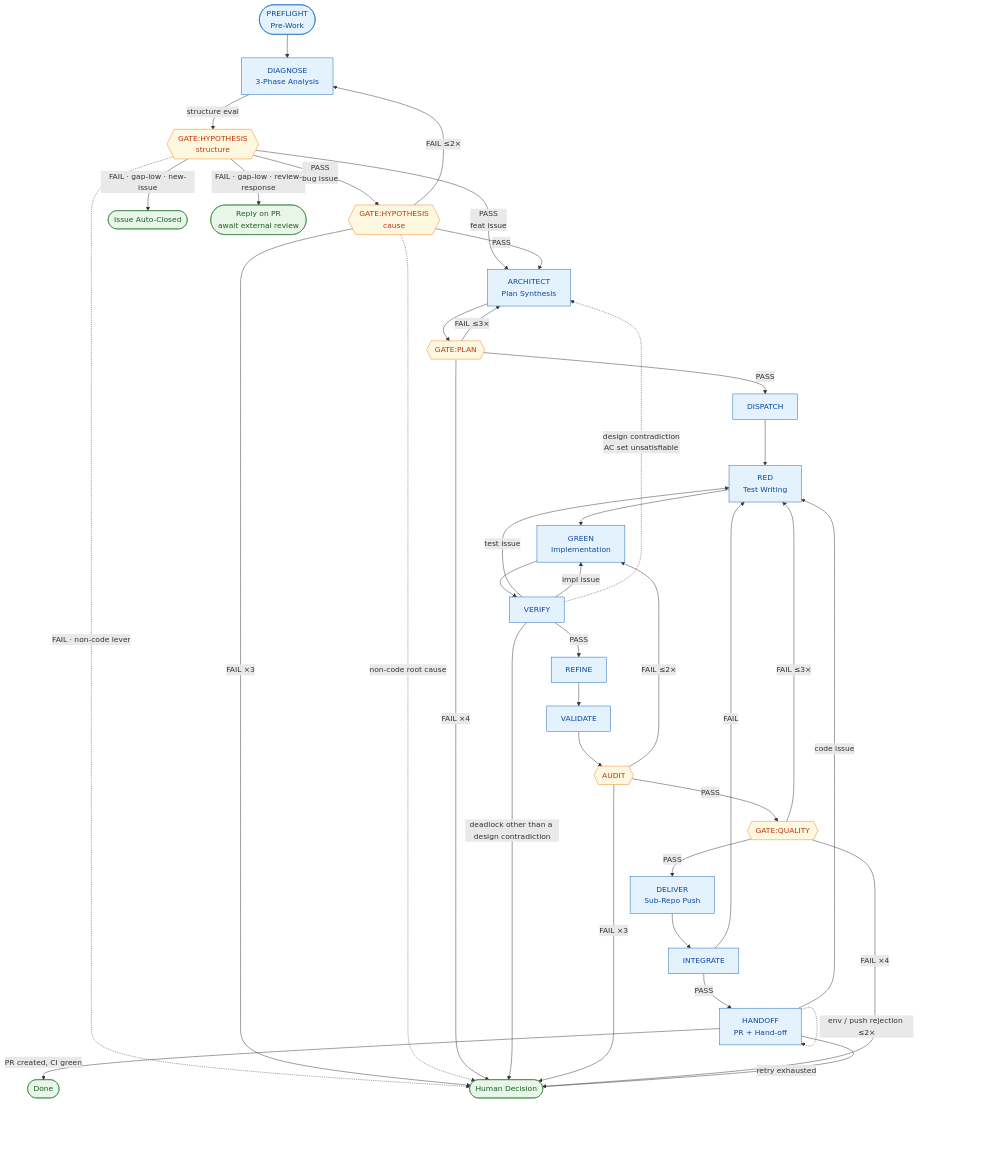
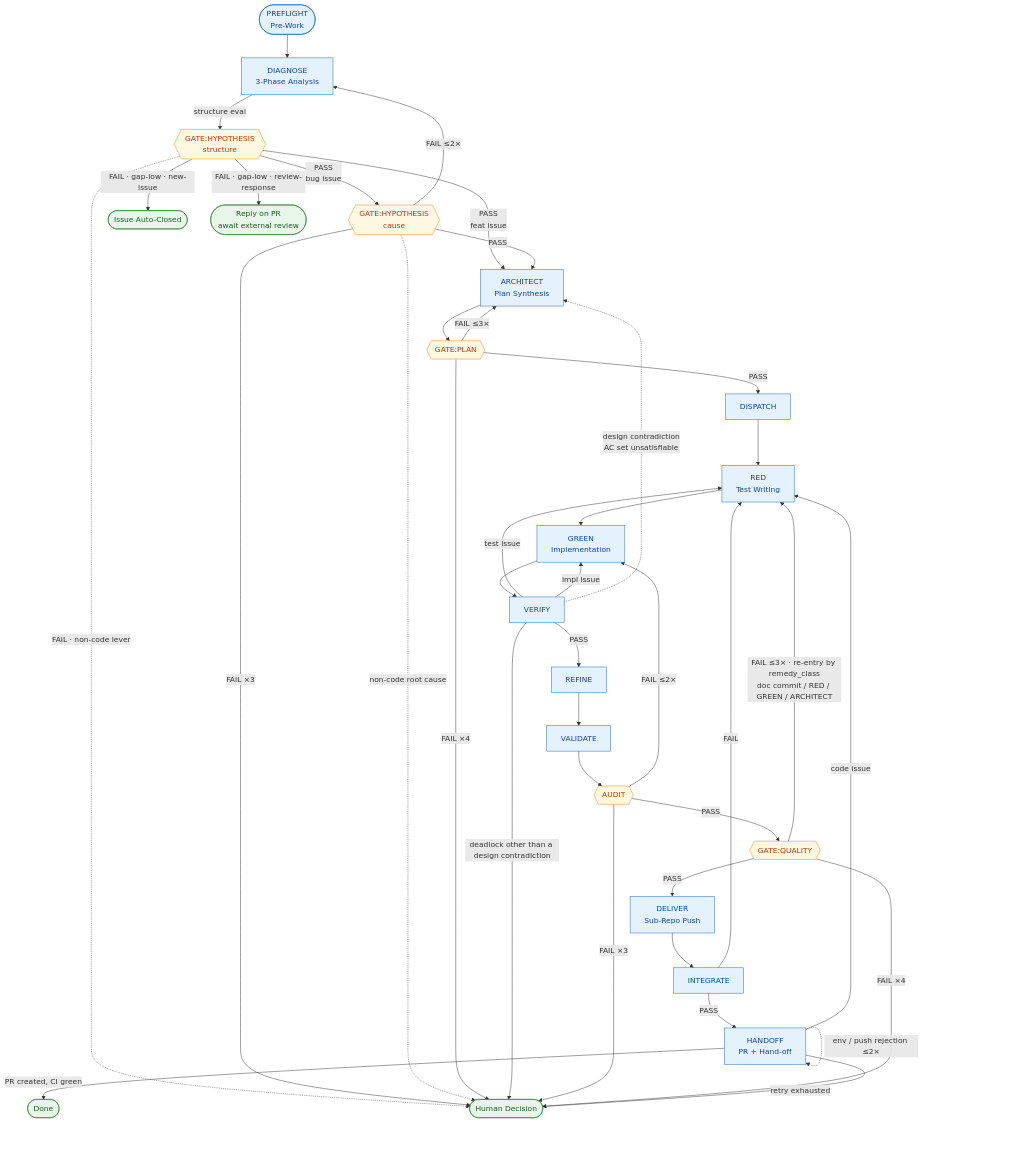
The diagram in docs/autoflow-guide.md (Munsik-Park/autoflow), drawn with Mermaid before and after one commit. The commit also changed other lines of this file and 13 other files, not shown here.

First line of the commit message:
feat(#140): late-gate FAIL re-entry by remedy_class — doc commit / RED / GREEN / ARCHITECT instead of unconditional RED; failed-item re-score; doc-sweep commit gate

````diff
--- a/docs/autoflow-guide.md
+++ b/docs/autoflow-guide.md
@@ -57,67 +57,67 @@
 ```mermaid
 flowchart TD
     PRE([PREFLIGHT<br/>Pre-Work]):::phase
     DIA[DIAGNOSE<br/>3-Phase Analysis]:::phase
     HYPS{{GATE:HYPOTHESIS<br/>structure}}:::gate
     HYPC{{GATE:HYPOTHESIS<br/>cause}}:::gate
     ARC[ARCHITECT<br/>Plan Synthesis]:::phase
     PLAN{{GATE:PLAN}}:::gate
     DIS[DISPATCH]:::phase
     RED[RED<br/>Test Writing]:::phase
     GREEN[GREEN<br/>Implementation]:::phase
     VER[VERIFY]:::phase
     REF[REFINE]:::phase
     VAL[VALIDATE]:::phase
     AUD{{AUDIT}}:::gate
     QUAL{{GATE:QUALITY}}:::gate
     DEL[DELIVER<br/>Sub-Repo Push]:::phase
     INT[INTEGRATE]:::phase
     HAND[HANDOFF<br/>PR + Hand-off]:::phase
     CLOSE([Issue Auto-Closed]):::terminal
     REVW([Reply on PR<br/>await external review]):::terminal
     DONE([Done]):::terminal
     HUMAN([Human Decision]):::terminal
 
     PRE --> DIA
     DIA -->|structure eval| HYPS
     HYPS -->|FAIL · gap-low · new-issue| CLOSE
     HYPS -->|FAIL · gap-low · review-response| REVW
     HYPS -.->|FAIL · non-code lever| HUMAN
     HYPS -->|PASS<br/>feat issue| ARC
     HYPS -->|PASS<br/>bug issue| HYPC
     HYPC -->|PASS| ARC
     HYPC -->|FAIL ≤2×| DIA
     HYPC -->|FAIL ×3| HUMAN
     HYPC -.->|non-code root cause| HUMAN
     ARC --> PLAN
     PLAN -->|PASS| DIS
     PLAN -->|FAIL ≤3×| ARC
     PLAN -->|FAIL ×4| HUMAN
     DIS --> RED
     RED --> GREEN
     GREEN --> VER
     VER -->|test issue| RED
     VER -->|impl issue| GREEN
     VER -->|deadlock other than a design contradiction| HUMAN
     VER -.->|design contradiction<br/>AC set unsatisfiable| ARC
     VER -->|PASS| REF
     REF --> VAL
     VAL --> AUD
     AUD -->|FAIL ≤2×| GREEN
     AUD -->|FAIL ×3| HUMAN
     AUD -->|PASS| QUAL
     QUAL -->|PASS| DEL
-    QUAL -->|FAIL ≤3×| RED
+    QUAL -->|FAIL ≤3× · re-entry by remedy_class<br/>doc commit / RED / GREEN / ARCHITECT| RED
     QUAL -->|FAIL ×4| HUMAN
     DEL --> INT
     INT -->|FAIL| RED
     INT -->|PASS| HAND
     HAND -.->|env / push rejection ≤2×| HAND
     HAND -->|code issue| RED
     HAND -->|retry exhausted| HUMAN
     HAND -->|PR created, CI green| DONE
 
     classDef phase fill:#e3f2fd,stroke:#1565c0,color:#0d47a1
     classDef gate fill:#fff8e1,stroke:#f57f17,color:#bf360c
     classDef terminal fill:#e8f5e9,stroke:#2e7d32,color:#1b5e20
 ```
````
